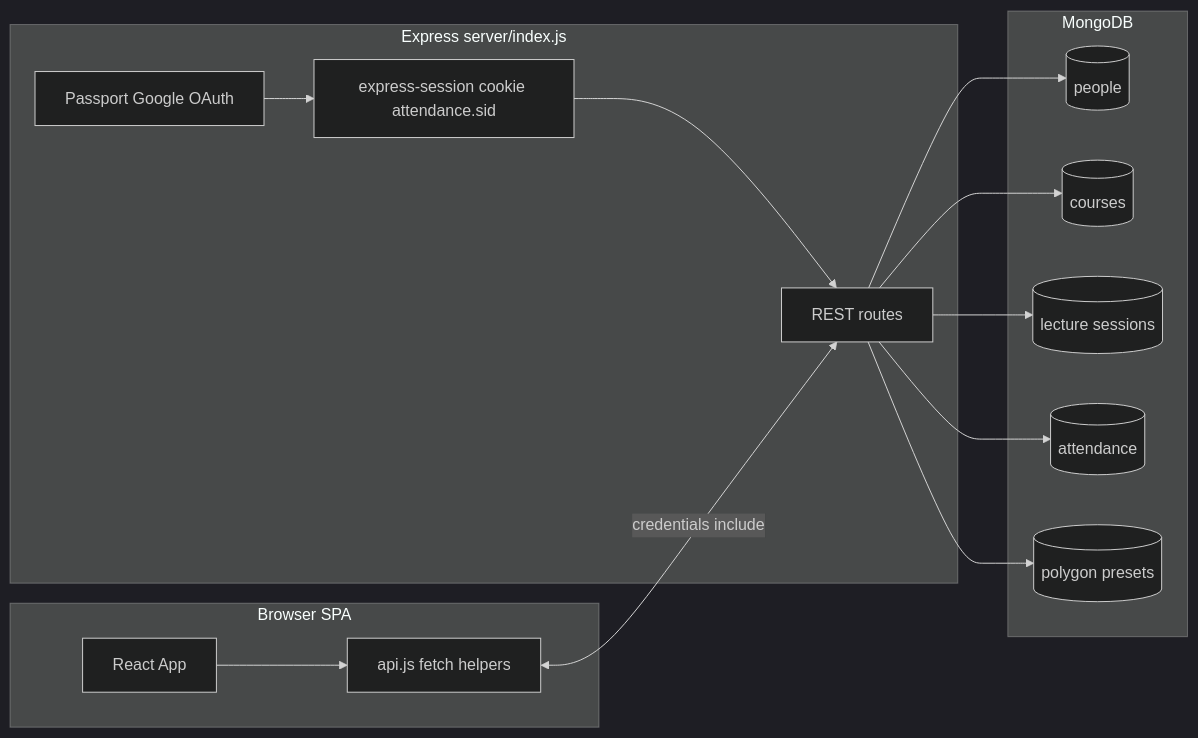
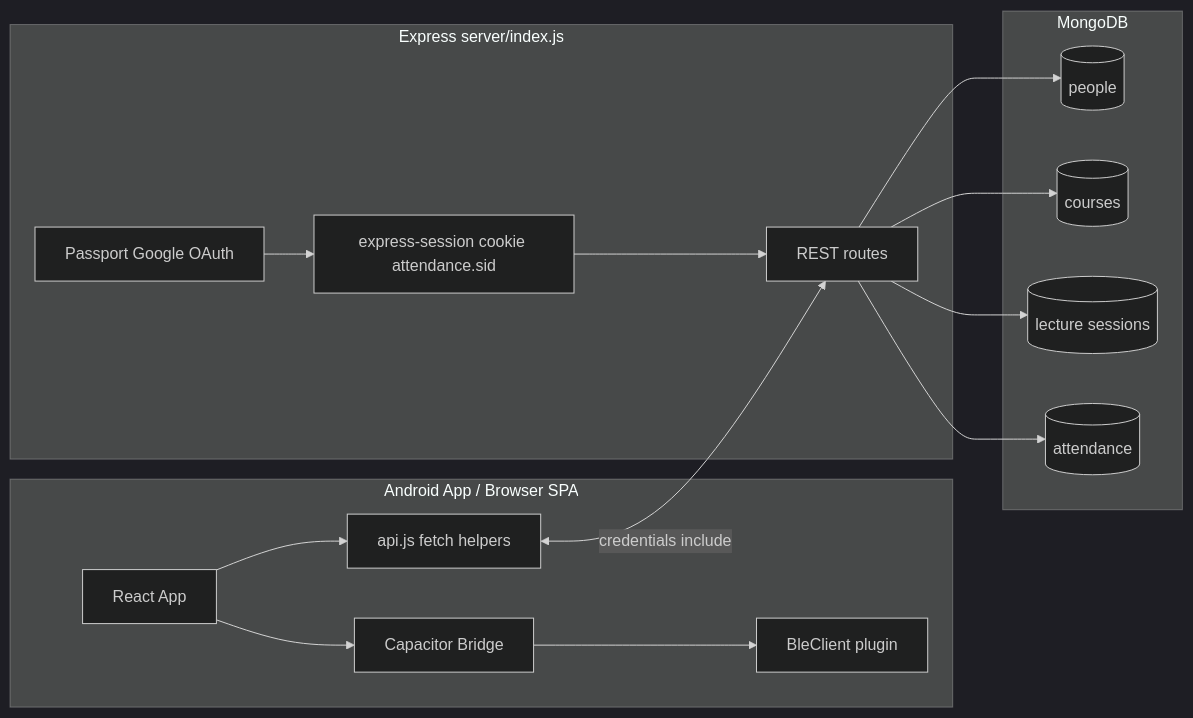
One commit to udayaKavinda/uop-attendance-management-system changed the diagram in README.md. Above: the diagram before and after it, drawn with Mermaid (dark theme). The commit also changed other lines of this file, not shown here.

First line of the commit message:
docs: update README for capacitor-bluetooth — Android build guide and fix stale references

````diff
--- a/README.md
+++ b/README.md
@@ -41,28 +46,29 @@
 ```mermaid
 flowchart LR
-  subgraph browser [Browser SPA]
+  subgraph app [Android App / Browser SPA]
     UI[React App]
+    Cap[Capacitor Bridge]
+    BLE[BleClient plugin]
     ApiClient[api.js fetch helpers]
     UI --> ApiClient
+    UI --> Cap --> BLE
   end
   subgraph server [Express server/index.js]
     Auth[Passport Google OAuth]
     Sess[express-session cookie attendance.sid]
     Routes[REST routes]
     Auth --> Sess
     Sess --> Routes
   end
   subgraph data [MongoDB]
     Person[(people)]
     Course[(courses)]
     Session[(lecture sessions)]
     Attendance[(attendance)]
-    Preset[(polygon presets)]
   end
   ApiClient <-->|credentials include| Routes
   Routes --> Person
   Routes --> Course
   Routes --> Session
   Routes --> Attendance
-  Routes --> Preset
 ```
````
